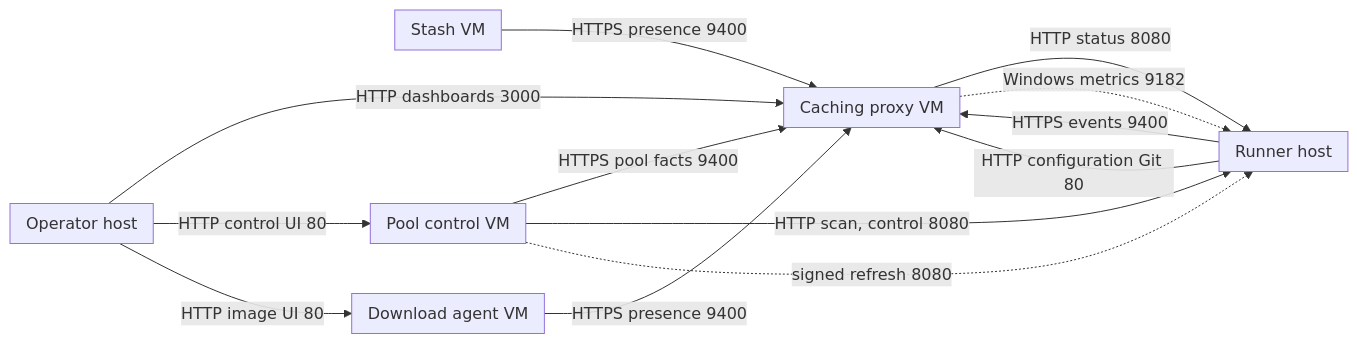
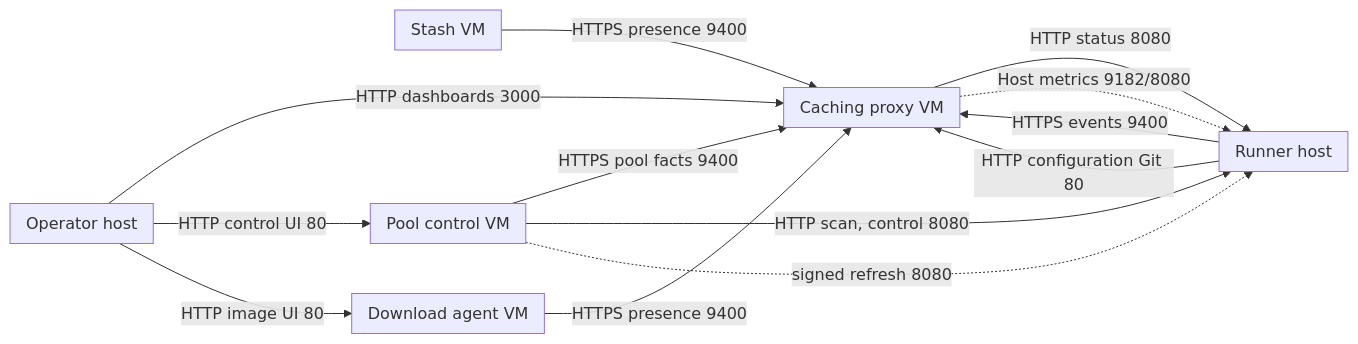
One commit to alissonsol/yuruna changed the fourth of 10 diagrams in docs/design/06-deployment.md. Above: the diagram before and after it, drawn with Mermaid. The commit also changed other lines of this file and 1396 other files, not shown here.

````diff
--- a/docs/design/06-deployment.md
+++ b/docs/design/06-deployment.md
@@ -150,29 +225,29 @@
 ```mermaid
 flowchart LR
     subgraph operator-host["Operator host"]
     end
     subgraph host["Runner host"]
     end
     subgraph caching-proxy-service["Caching proxy VM"]
     end
     subgraph pool-control-service["Pool control VM"]
     end
     subgraph download-agent-service["Download agent VM"]
     end
     subgraph stash-service["Stash VM"]
     end
     operator-host -->|HTTP dashboards 3000| caching-proxy-service
     operator-host -->|HTTP control UI 80| pool-control-service
     operator-host -->|HTTP image UI 80| download-agent-service
     host -->|HTTPS events 9400| caching-proxy-service
     caching-proxy-service -->|HTTP status 8080| host
     host -->|HTTP configuration Git 80| caching-proxy-service
     pool-control-service -->|HTTPS pool facts 9400| caching-proxy-service
     download-agent-service -->|HTTPS presence 9400| caching-proxy-service
     stash-service -->|HTTPS presence 9400| caching-proxy-service
     pool-control-service -->|HTTP scan, control 8080| host
     %% optional: remote refresh requires configured authority and operator credentials.
     pool-control-service -.->|signed refresh 8080| host
-    %% optional: only Windows hosts publish windows_exporter metrics.
-    caching-proxy-service -.->|Windows metrics 9182| host
+    %% optional: windows_exporter on Windows hosts; status-listener memory metrics on Ubuntu and macOS hosts.
+    caching-proxy-service -.->|Host metrics 9182/8080| host
 ```
````
